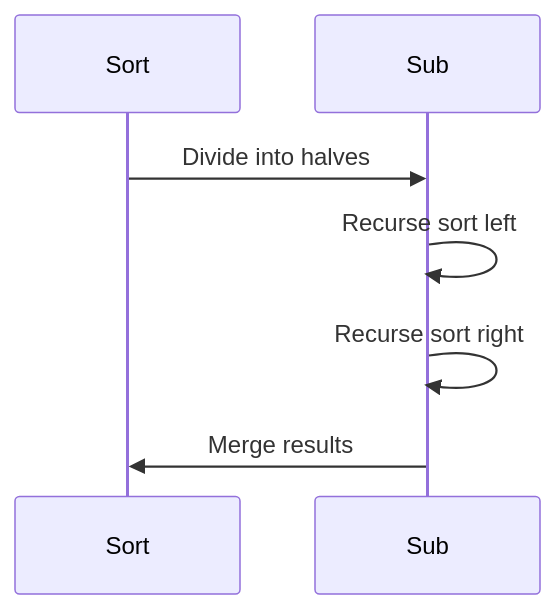
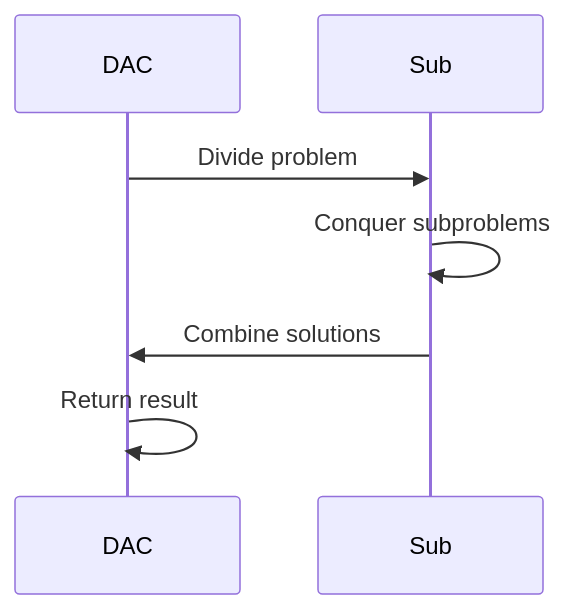
The diagram in algorithms/divide-and-conquer/README.md (VrushankPatel/interview-matters), drawn with Mermaid before and after one commit. The commit also changed other lines of this file and 8 other files, not shown here.

Commit message:
kb(java/algorithms): add 5 topics (backtracking, divide-and-conquer, probabilistic-algorithms, computational-geometry, jvm-performance-tuning) + restructure none

````diff
--- a/algorithms/divide-and-conquer/README.md
+++ b/algorithms/divide-and-conquer/README.md
@@ -67,9 +124,9 @@
 ```mermaid
 sequenceDiagram
-    participant Sort
+    participant DAC
     participant Sub
-    Sort->>Sub: Divide into halves
-    Sub->>Sub: Recurse sort left
-    Sub->>Sub: Recurse sort right
-    Sub->>Sort: Merge results
+    DAC->>Sub: Divide problem
+    Sub->>Sub: Conquer subproblems
+    Sub->>DAC: Combine solutions
+    DAC->>DAC: Return result
 ```
````
